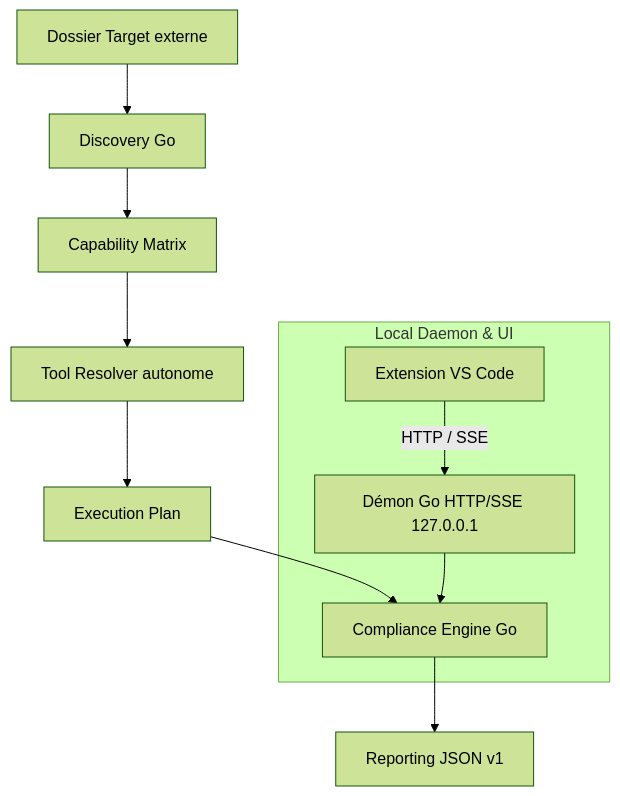
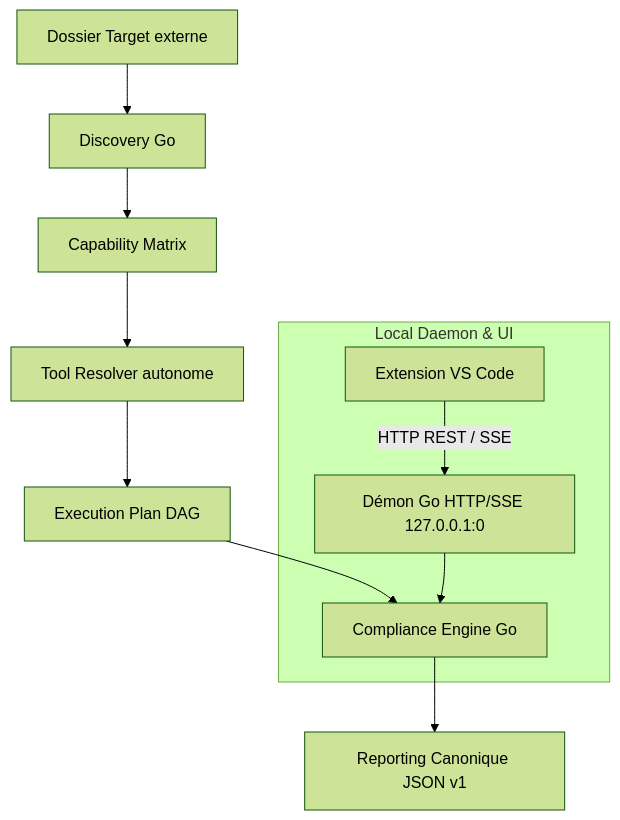
Before and after one commit to LORD-SOUPEX/Compliance_Platform: the diagram in README.md, drawn with Mermaid (forest theme). The commit also changed other lines of this file and 43 other files, not shown here.

````diff
--- a/README.md
+++ b/README.md
@@ -20,14 +88,14 @@
 ```mermaid
 flowchart TD
     Target[Dossier Target externe] --> Discovery[Discovery Go]
     Discovery --> Matrix[Capability Matrix]
     Matrix --> Resolver[Tool Resolver autonome]
-    Resolver --> Plan[Execution Plan]
+    Resolver --> Plan[Execution Plan DAG]
     Plan --> Engine[Compliance Engine Go]
-    Engine --> Report[Reporting JSON v1]
+    Engine --> Report[Reporting Canonique JSON v1]
     
     subgraph Local Daemon & UI
-        Daemon[Démon Go HTTP/SSE 127.0.0.1] --> Engine
-        VSCode[Extension VS Code] -->|HTTP / SSE| Daemon
+        Daemon[Démon Go HTTP/SSE 127.0.0.1:0] --> Engine
+        VSCode[Extension VS Code] -->|HTTP REST / SSE| Daemon
     end
 ```
````
